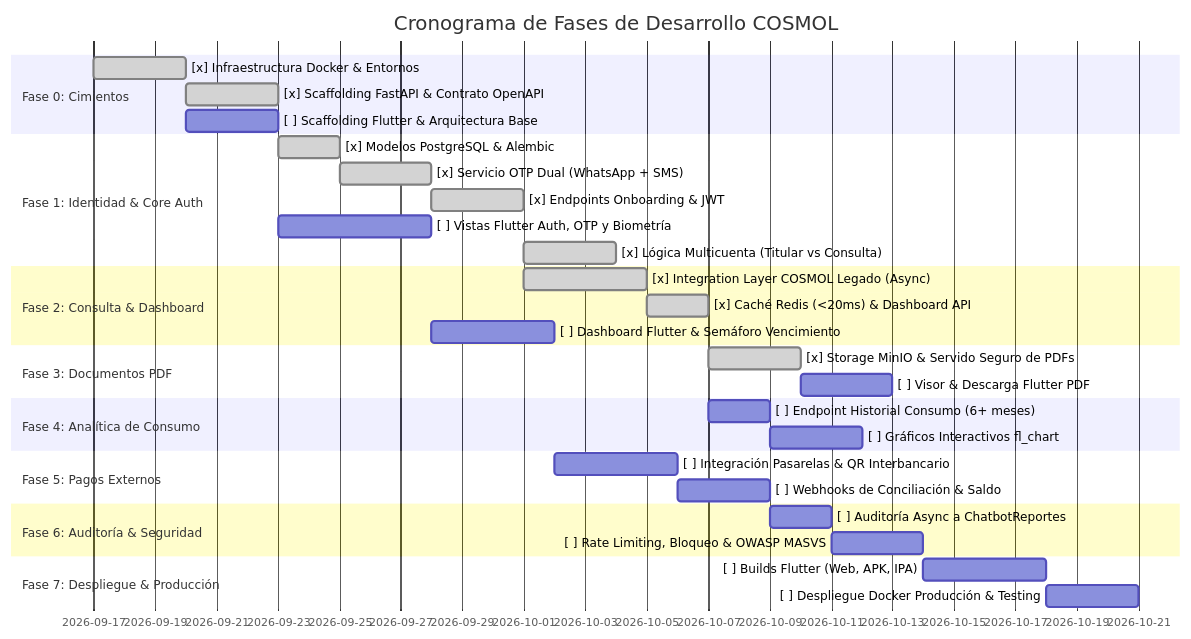
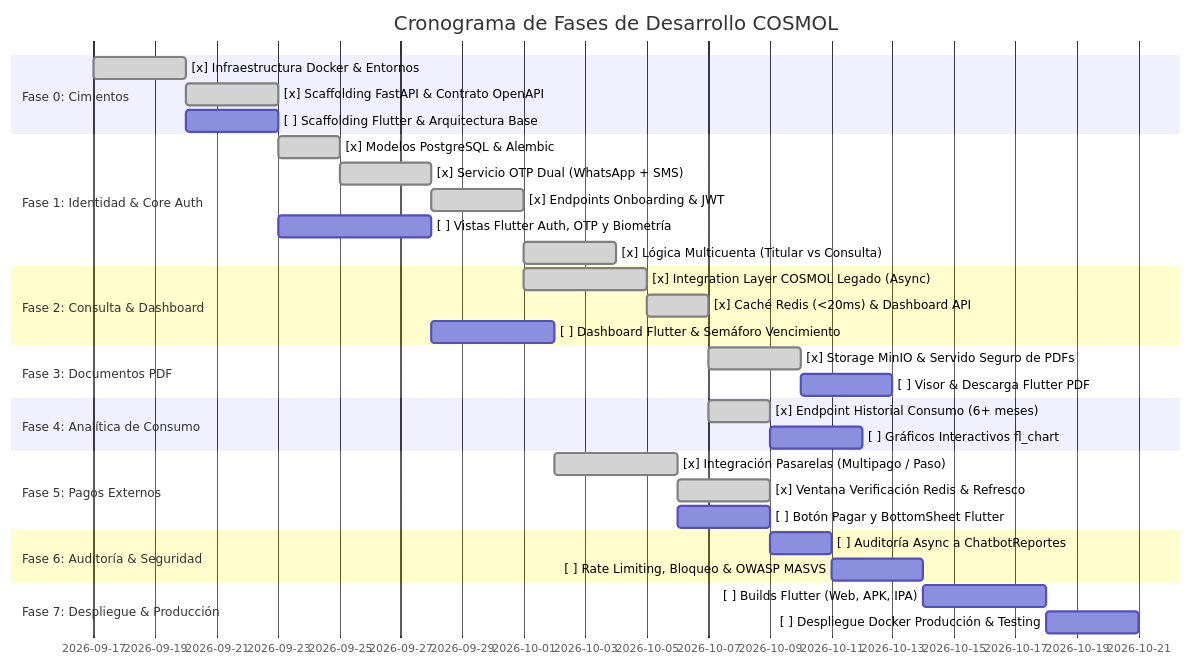
One commit to FabiannCS/COSMOL-app changed the second of 2 diagrams in Docs/backend/guias/HOJA_DE_RUTA_DESARROLLO.md. Above: the diagram before and after it, drawn with Mermaid. The commit also changed other lines of this file, not shown here.

Commit message:
docs(roadmap): sincronizar Fase 4 y 5 en Hoja de Ruta, remover webhooks obsoletos y reflejar Hosted Checkout

````diff
--- a/Docs/backend/guias/HOJA_DE_RUTA_DESARROLLO.md
+++ b/Docs/backend/guias/HOJA_DE_RUTA_DESARROLLO.md
@@ -172,34 +172,35 @@
 ```mermaid
 gantt
     title Cronograma de Fases de Desarrollo COSMOL
     dateFormat  YYYY-MM-DD
     section Fase 0: Cimientos
     [x] Infraestructura Docker & Entornos       :done, f0_1, 2026-09-17, 3d
     [x] Scaffolding FastAPI & Contrato OpenAPI  :done, f0_2, after f0_1, 3d
     [ ] Scaffolding Flutter & Arquitectura Base :f0_3, after f0_1, 3d
     section Fase 1: Identidad & Core Auth
     [x] Modelos PostgreSQL & Alembic            :done, f1_1, after f0_2, 2d
     [x] Servicio OTP Dual (WhatsApp + SMS)      :done, f1_2, after f1_1, 3d
     [x] Endpoints Onboarding & JWT              :done, f1_3, after f1_2, 3d
     [ ] Vistas Flutter Auth, OTP y Biometría    :f1_4, after f0_3, 5d
     [x] Lógica Multicuenta (Titular vs Consulta):done, f1_5, after f1_3, 3d
     section Fase 2: Consulta & Dashboard
     [x] Integration Layer COSMOL Legado (Async) :done, f2_1, after f1_3, 4d
     [x] Caché Redis (<20ms) & Dashboard API     :done, f2_2, after f2_1, 2d
     [ ] Dashboard Flutter & Semáforo Vencimiento:f2_3, after f1_4, 4d
     section Fase 3: Documentos PDF
     [x] Storage MinIO & Servido Seguro de PDFs  :done, f3_1, after f2_2, 3d
     [ ] Visor & Descarga Flutter PDF            :f3_2, after f3_1, 3d
     section Fase 4: Analítica de Consumo
-    [ ] Endpoint Historial Consumo (6+ meses)   :f4_1, after f2_2, 2d
+    [x] Endpoint Historial Consumo (6+ meses)   :done, f4_1, after f2_2, 2d
     [ ] Gráficos Interactivos fl_chart          :f4_2, after f4_1, 3d
     section Fase 5: Pagos Externos
-    [ ] Integración Pasarelas & QR Interbancario:f5_1, after f2_3, 4d
-    [ ] Webhooks de Conciliación & Saldo        :f5_2, after f5_1, 3d
+    [x] Integración Pasarelas (Multipago / Paso):done, f5_1, after f2_3, 4d
+    [x] Ventana Verificación Redis & Refresco   :done, f5_2, after f5_1, 3d
+    [ ] Botón Pagar y BottomSheet Flutter       :f5_3, after f5_1, 3d
     section Fase 6: Auditoría & Seguridad
     [ ] Auditoría Async a ChatbotReportes       :f6_1, after f5_2, 2d
     [ ] Rate Limiting, Bloqueo & OWASP MASVS    :f6_2, after f6_1, 3d
     section Fase 7: Despliegue & Producción
     [ ] Builds Flutter (Web, APK, IPA)          :f7_1, after f6_2, 4d
     [ ] Despliegue Docker Producción & Testing  :f7_2, after f7_1, 3d
 ```
````
